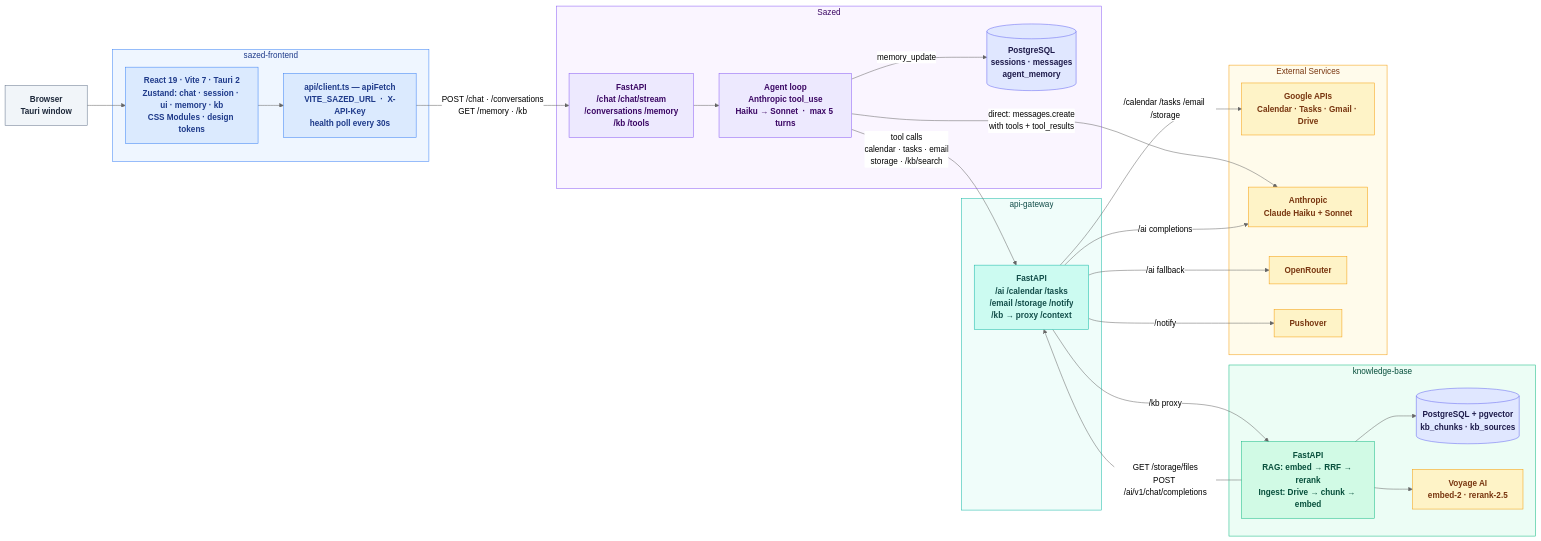
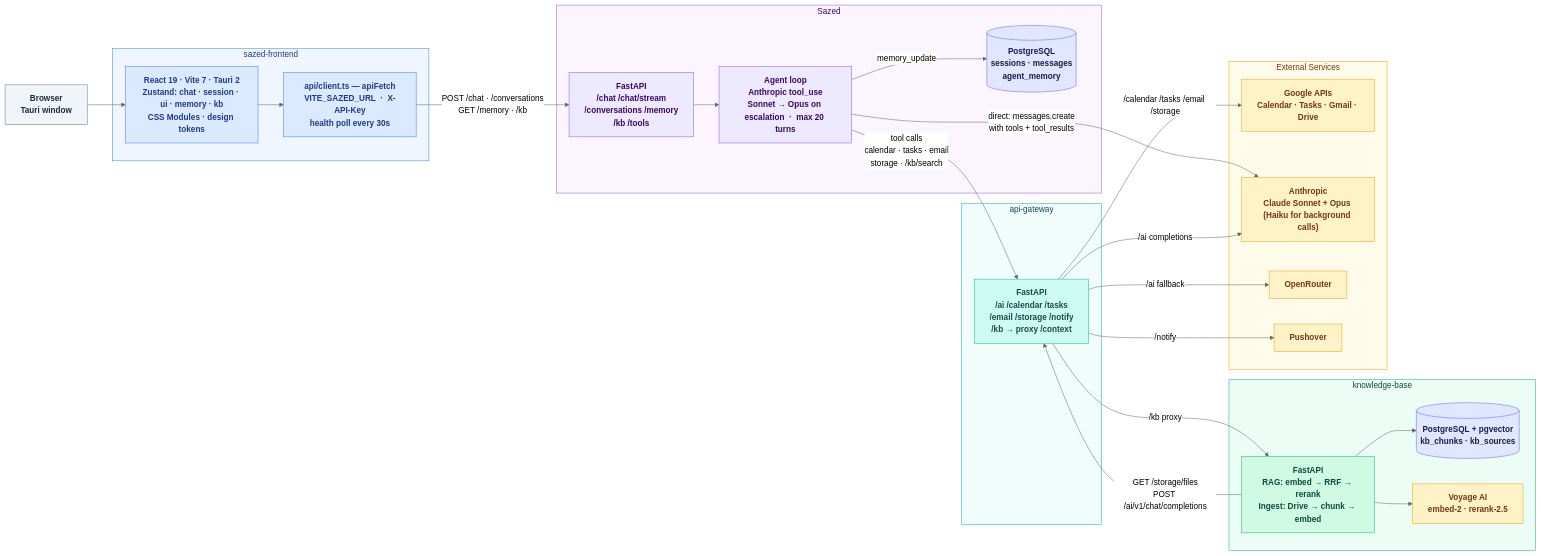
One commit to tharpep/sazed changed the second of 2 diagrams in docs/architecture.md. Above: the diagram before and after it, drawn with Mermaid (neutral theme). The commit also changed other lines of this file and 6 other files, not shown here.

````diff
--- a/docs/architecture.md
+++ b/docs/architecture.md
@@ -138,75 +138,75 @@
 ```mermaid
 flowchart LR
     classDef userNode  fill:#f1f5f9,stroke:#64748b,color:#1e293b,font-weight:bold
     classDef feNode    fill:#dbeafe,stroke:#3b82f6,color:#1e3a8a,font-weight:bold
     classDef sazNode   fill:#ede9fe,stroke:#8b5cf6,color:#3b0764,font-weight:bold
     classDef gwNode    fill:#ccfbf1,stroke:#14b8a6,color:#134e4a,font-weight:bold
     classDef kbNode    fill:#d1fae5,stroke:#10b981,color:#064e3b,font-weight:bold
     classDef dbNode    fill:#e0e7ff,stroke:#6366f1,color:#1e1b4b,font-weight:bold
     classDef extNode   fill:#fef3c7,stroke:#f59e0b,color:#78350f,font-weight:bold
 
     USER["Browser\nTauri window"]
 
     subgraph FE["  sazed-frontend  "]
         fe_ui["React 19 · Vite 7 · Tauri 2\nZustand: chat · session · ui · memory · kb\nCSS Modules · design tokens"]
         fe_api["api/client.ts — apiFetch\nVITE_SAZED_URL  ·  X-API-Key\nhealth poll every 30s"]
     end
 
     subgraph SAZ["  Sazed  "]
         s_routes["FastAPI\n/chat  /chat/stream\n/conversations  /memory\n/kb  /tools"]
-        s_agent["Agent loop\nAnthropic tool_use\nHaiku → Sonnet  ·  max 5 turns"]
+        s_agent["Agent loop\nAnthropic tool_use\nSonnet → Opus on escalation  ·  max 20 turns"]
         s_db[("PostgreSQL\nsessions · messages\nagent_memory")]
     end
 
     subgraph GW["  api-gateway  "]
         g_routes["FastAPI\n/ai  /calendar  /tasks\n/email  /storage  /notify\n/kb → proxy  /context"]
     end
 
     subgraph KB["  knowledge-base  "]
         kb_rag["FastAPI\nRAG: embed → RRF → rerank\nIngest: Drive → chunk → embed"]
         kb_db[("PostgreSQL + pgvector\nkb_chunks · kb_sources")]
         kb_voyage["Voyage AI\nembed-2  ·  rerank-2.5"]
     end
 
     subgraph EXT["  External Services  "]
         google["Google APIs\nCalendar · Tasks · Gmail · Drive"]
-        anthropic["Anthropic\nClaude Haiku + Sonnet"]
+        anthropic["Anthropic\nClaude Sonnet + Opus (Haiku for background calls)"]
         openrouter["OpenRouter"]
         pushover["Pushover"]
     end
 
     USER --> fe_ui
     fe_ui --> fe_api
 
     fe_api -->|"POST /chat · /conversations\nGET /memory · /kb"| s_routes
     s_routes --> s_agent
     s_agent -->|"memory_update"| s_db
     s_agent -->|"direct: messages.create\nwith tools + tool_results"| anthropic
 
     s_agent -->|"tool calls\ncalendar · tasks · email\nstorage · /kb/search"| g_routes
 
     g_routes -->|"/calendar /tasks /email /storage"| google
     g_routes -->|"/ai completions"| anthropic
     g_routes -->|"/ai fallback"| openrouter
     g_routes -->|"/notify"| pushover
     g_routes -->|"/kb proxy"| kb_rag
 
     kb_rag --> kb_db
     kb_rag --> kb_voyage
     kb_rag -->|"GET /storage/files\nPOST /ai/v1/chat/completions"| g_routes
 
     class USER userNode
     class fe_ui,fe_api feNode
     class s_routes,s_agent sazNode
     class s_db dbNode
     class g_routes gwNode
     class kb_rag kbNode
     class kb_db dbNode
     class kb_voyage,google,anthropic,openrouter,pushover extNode
 
     style FE   fill:#eff6ff,stroke:#3b82f6,color:#1e3a8a
     style SAZ  fill:#faf5ff,stroke:#8b5cf6,color:#3b0764
     style GW   fill:#f0fdfa,stroke:#14b8a6,color:#134e4a
     style KB   fill:#ecfdf5,stroke:#10b981,color:#064e3b
     style EXT  fill:#fffbeb,stroke:#f59e0b,color:#78350f
 ```
````
